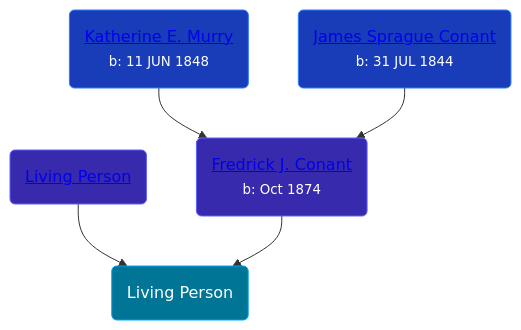
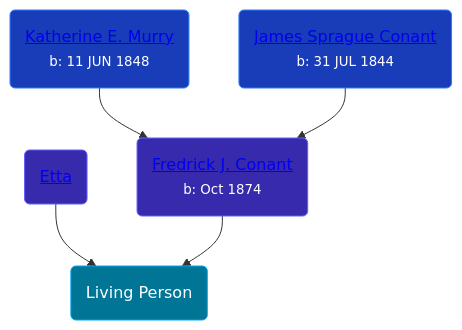
Before and after one commit to wpmgotkh/wpmgotkh.github.io: the diagram in pages/people/9/99028500.md, drawn with Mermaid. The commit also changed other lines of this file and 586 other files, not shown here.

Commit message:
feat: better shouldConsiderPersonLiving algo

````diff
--- a/pages/people/9/99028500.md
+++ b/pages/people/9/99028500.md
@@ -10,11 +10,11 @@
 ```mermaid
 graph
 classDef grands fill:#193cb8,stroke:#2b7fff,stroke-width:1px,color:#fff;
 classDef parents fill:#372aac,stroke:#615fff,stroke-width:1px,color:#fff;
 classDef primary fill:#007595,stroke:#00a6f4,stroke-width:1px,color:#fff;
 99028500(Living Person):::primary
-84331585(<a class="text-white" href="/people/8/84331585">Living Person</a>):::parents-->99028500
+84331585(<a class="text-white" href="/people/8/84331585">Etta </a>):::parents-->99028500
 80092500(<a class="text-white" href="/people/8/80092500">Fredrick J. Conant</a><br /><small>b: Oct 1874</small>):::parents-->99028500
 25746290(<a class="text-white" href="/people/2/25746290">Katherine E. Murry</a><br /><small>b: 11 JUN 1848</small>):::grands-->80092500
 62404416(<a class="text-white" href="/people/6/62404416">James Sprague Conant</a><br /><small>b: 31 JUL 1844</small>):::grands-->80092500
 ```
````
